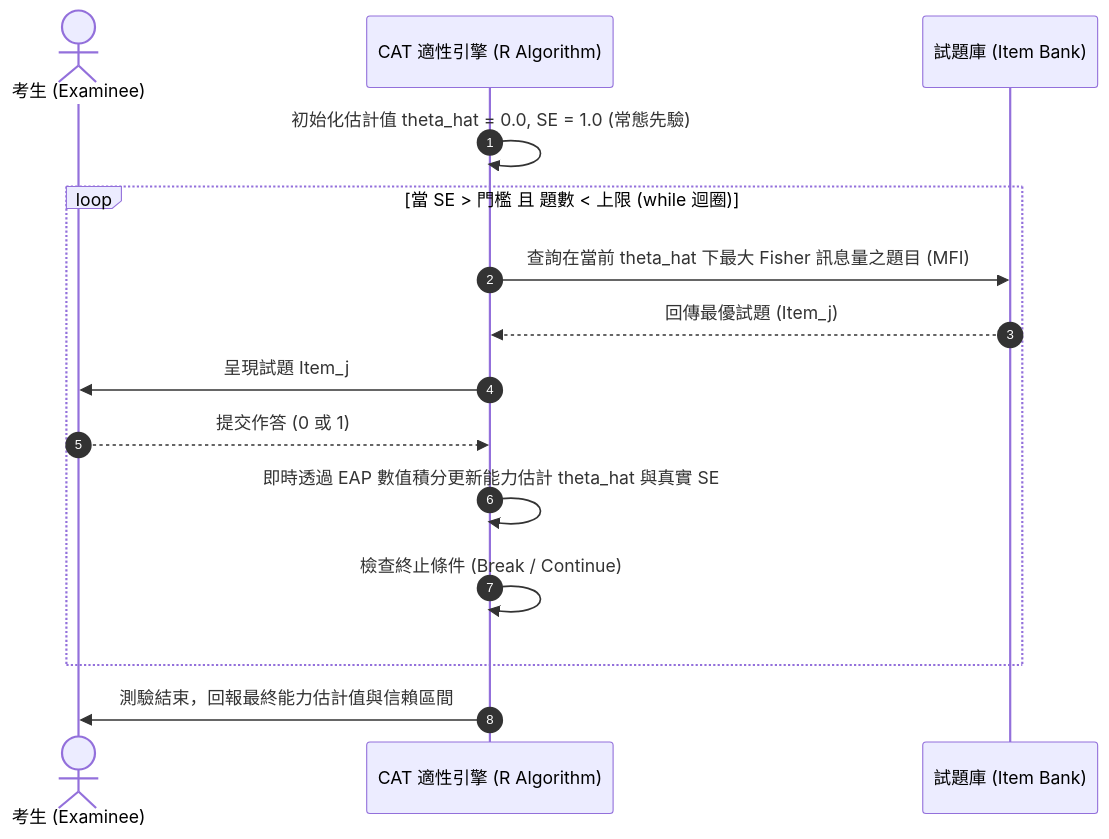
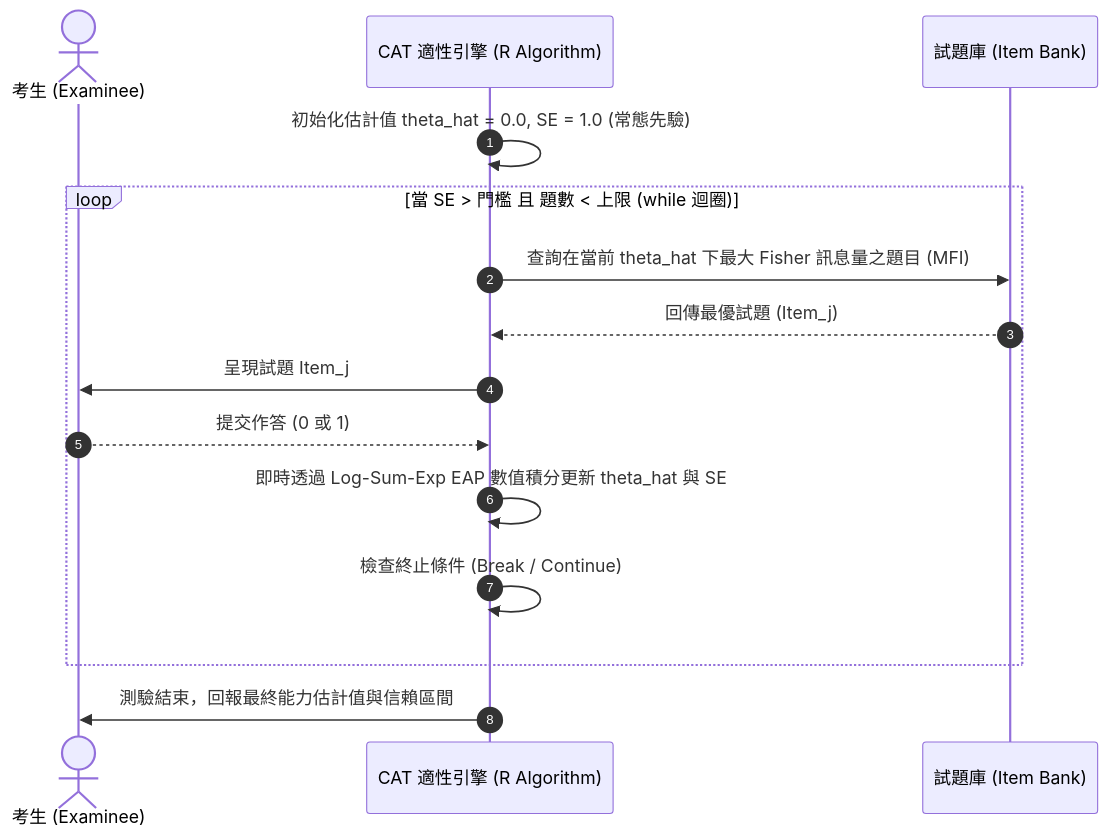
One commit to allen19970828/modern-r-psychometrics changed the second of 2 diagrams in book/Chapter_03_Control_Flow_and_Algorithms.md. Above: the diagram before and after it, drawn with Mermaid. The commit also changed other lines of this file and 36 other files, not shown here.

````diff
--- a/book/Chapter_03_Control_Flow_and_Algorithms.md
+++ b/book/Chapter_03_Control_Flow_and_Algorithms.md
@@ -155,18 +188,18 @@
 ```mermaid
 sequenceDiagram
     autonumber
     actor Student as 考生 (Examinee)
     participant Engine as CAT 適性引擎 (R Algorithm)
     participant ItemBank as 試題庫 (Item Bank)
 
     Engine->>Engine: 初始化估計值 theta_hat = 0.0, SE = 1.0 (常態先驗)
     loop 當 SE > 門檻 且 題數 < 上限 (while 迴圈)
         Engine->>ItemBank: 查詢在當前 theta_hat 下最大 Fisher 訊息量之題目 (MFI)
         ItemBank-->>Engine: 回傳最優試題 (Item_j)
         Engine->>Student: 呈現試題 Item_j
         Student-->>Engine: 提交作答 (0 或 1)
-        Engine->>Engine: 即時透過 EAP 數值積分更新能力估計 theta_hat 與真實 SE
+        Engine->>Engine: 即時透過 Log-Sum-Exp EAP 數值積分更新 theta_hat 與 SE
         Engine->>Engine: 檢查終止條件 (Break / Continue)
     end
     Engine->>Student: 測驗結束，回報最終能力估計值與信賴區間
 ```
````
